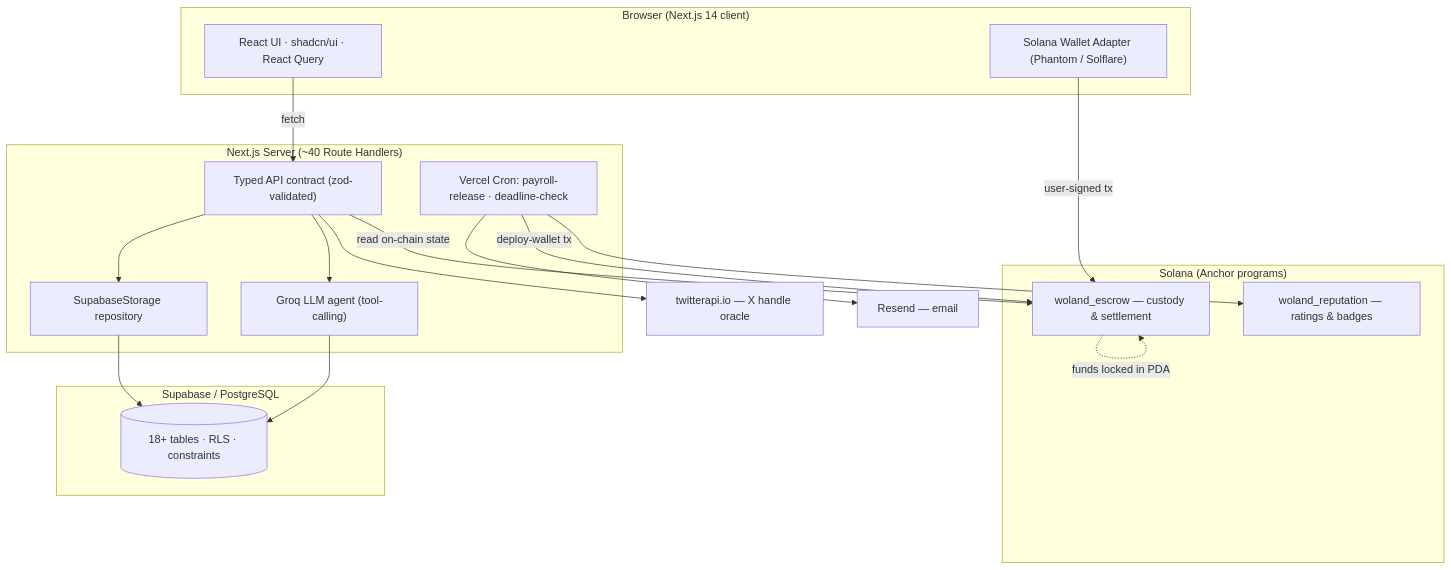
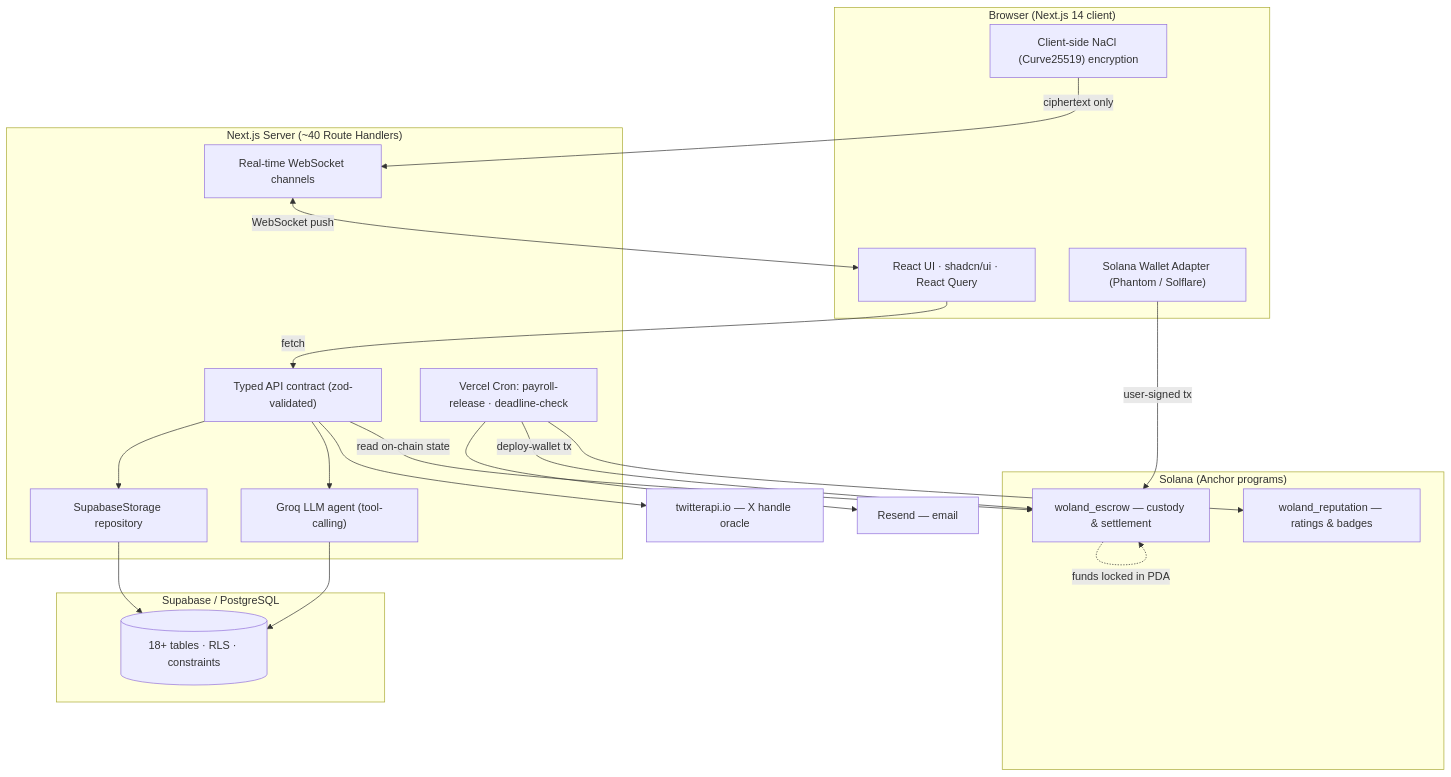
One commit to ivancroak/wolo changed the first of 2 diagrams in README.md. Above: the diagram before and after it, drawn with Mermaid. The commit also changed other lines of this file, not shown here.

Commit message:
docs: expand README — real-time E2E-encrypted messaging, testing & CI/CD, trustless escrow

````diff
--- a/README.md
+++ b/README.md
@@ -42,37 +45,41 @@
 ```mermaid
 flowchart TD
     subgraph Client["Browser (Next.js 14 client)"]
         UI["React UI · shadcn/ui · React Query"]
         Wallet["Solana Wallet Adapter (Phantom / Solflare)"]
+        Crypto["Client-side NaCl (Curve25519) encryption"]
     end
 
     subgraph Server["Next.js Server (~40 Route Handlers)"]
         API["Typed API contract (zod-validated)"]
         Storage["SupabaseStorage repository"]
+        Realtime["Real-time WebSocket channels"]
         Agent["Groq LLM agent (tool-calling)"]
         Cron["Vercel Cron: payroll-release · deadline-check"]
     end
 
     subgraph Data["Supabase / PostgreSQL"]
         DB[("18+ tables · RLS · constraints")]
     end
 
     subgraph Chain["Solana (Anchor programs)"]
         Escrow["woland_escrow — custody & settlement"]
         Rep["woland_reputation — ratings & badges"]
     end
 
     Oracle["twitterapi.io — X handle oracle"]
     Mail["Resend — email"]
 
     UI -->|fetch| API
     API --> Storage --> DB
     API --> Agent --> DB
     API --> Oracle
+    Realtime <-->|WebSocket push| UI
+    Crypto -->|ciphertext only| Realtime
     Cron --> Mail
     Wallet -->|user-signed tx| Escrow
     Cron -->|deploy-wallet tx| Escrow
     Cron --> Rep
     API -->|read on-chain state| Escrow
     Escrow -. funds locked in PDA .-> Escrow
 ```
````
